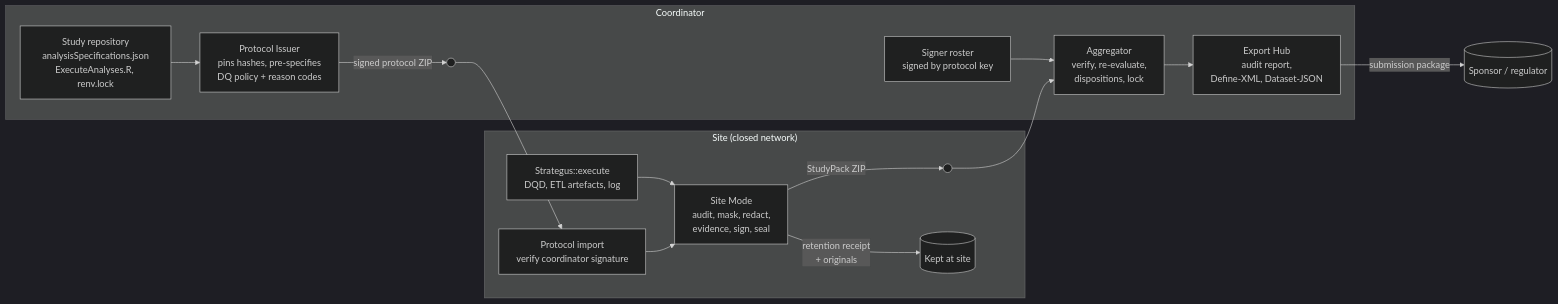
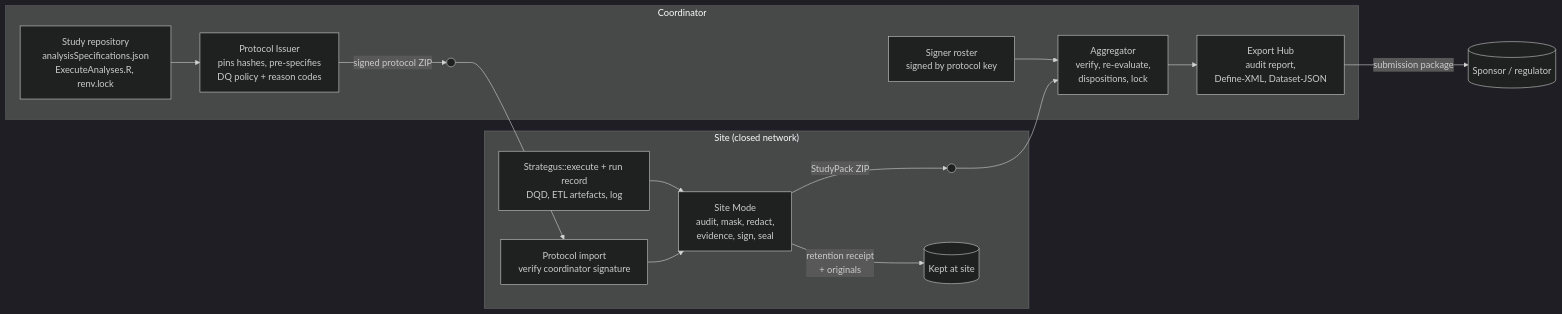
Before and after one commit to OHDSI/StudyStudio: the diagram in docs/regulatory/validation-plan.md, drawn with Mermaid (dark theme). The commit also changed other lines of this file and 2 other files, not shown here.

First line of the commit message:
Document the run record

````diff
--- a/docs/regulatory/validation-plan.md
+++ b/docs/regulatory/validation-plan.md
@@ -48,21 +48,21 @@
 ```mermaid
 flowchart LR
   subgraph Coordinator
     R[Study repository<br/>analysisSpecifications.json<br/>ExecuteAnalyses.R, renv.lock] --> PI[Protocol Issuer<br/>pins hashes, pre-specifies<br/>DQ policy + reason codes]
     PI -->|signed protocol ZIP| X1(( ))
     RO[Signer roster<br/>signed by protocol key]
     AG[Aggregator<br/>verify, re-evaluate,<br/>dispositions, lock]
     EH[Export Hub<br/>audit report,<br/>Define-XML, Dataset-JSON]
     AG --> EH
     RO --> AG
   end
   subgraph Site["Site (closed network)"]
     X1 --> PR[Protocol import<br/>verify coordinator signature]
-    S[Strategus::execute<br/>DQD, ETL artefacts, log] --> SM[Site Mode<br/>audit, mask, redact,<br/>evidence, sign, seal]
+    S[Strategus::execute + run record<br/>DQD, ETL artefacts, log] --> SM[Site Mode<br/>audit, mask, redact,<br/>evidence, sign, seal]
     PR --> SM
     SM -->|StudyPack ZIP| X2(( ))
     SM -->|retention receipt<br/>+ originals| K[(Kept at site)]
   end
   X2 --> AG
   EH -->|submission package| SUB[(Sponsor / regulator)]
 ```
````
